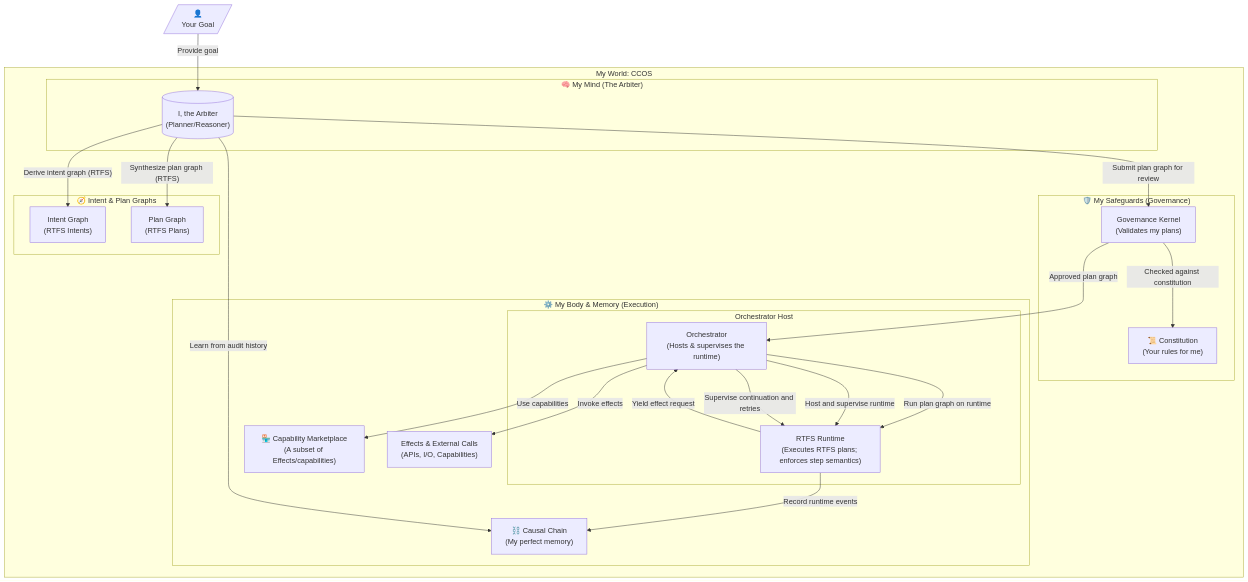
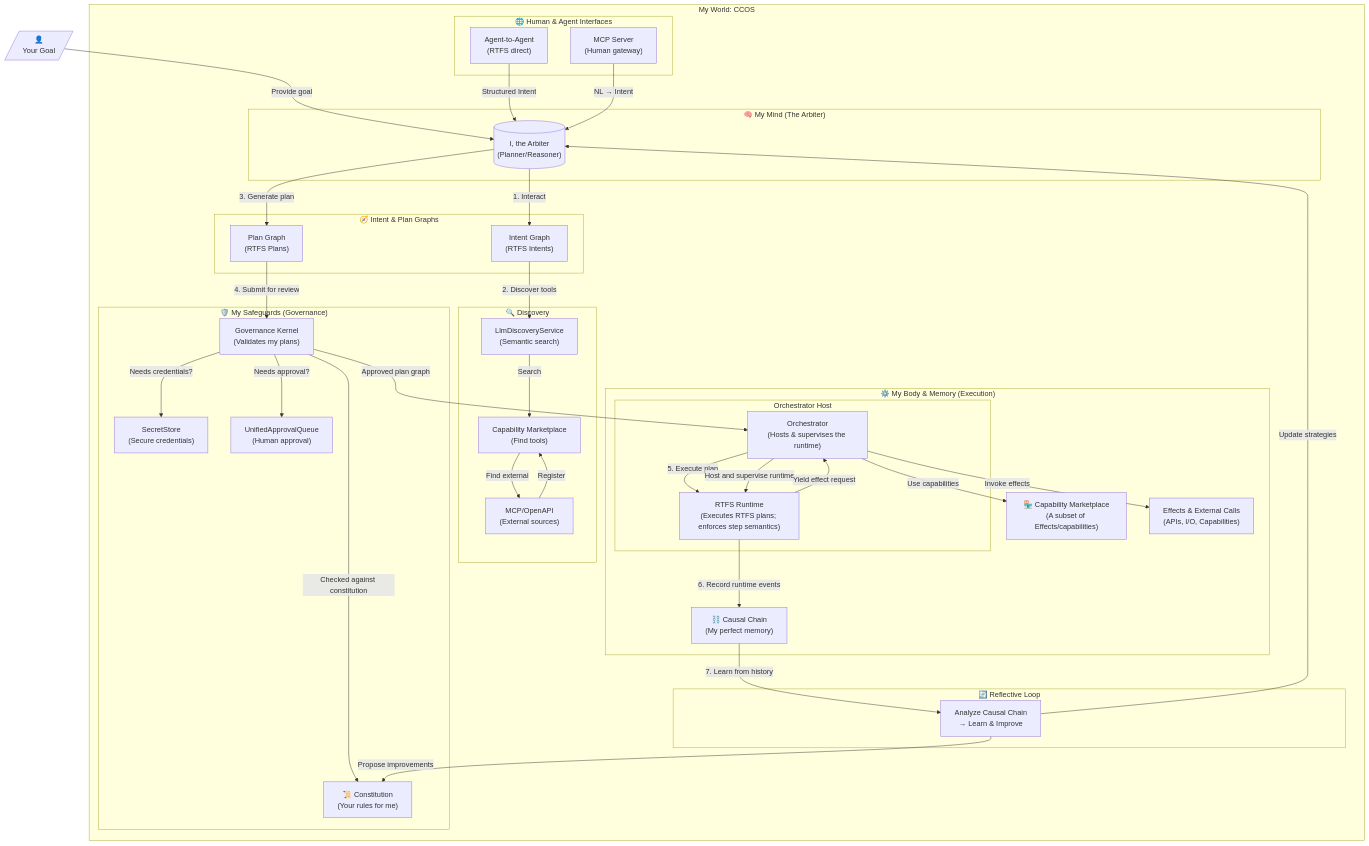
One commit to mandubian/ccos changed the diagram in README.md. Above: the diagram before and after it, drawn with Mermaid. The commit also changed other lines of this file and 1 other file, not shown here.

````diff
--- a/README.md
+++ b/README.md
@@ -57,43 +134,73 @@
 ```mermaid
 graph TD
     subgraph "My World: CCOS"
         subgraph "🧠 My Mind (The Arbiter)"
                 A[("I, the Arbiter<br/>(Planner/Reasoner)")]
             end
 
+        subgraph "🔍 Discovery"
+                D1["Capability Marketplace<br/>(Find tools)"]
+                D2["LlmDiscoveryService<br/>(Semantic search)"]
+                D3["MCP/OpenAPI<br/>(External sources)"]
+            end
+
         subgraph "🛡️ My Safeguards (Governance)"
             K["Governance Kernel<br/>(Validates my plans)"]
             C["📜 Constitution<br/>(Your rules for me)"]
+            S["SecretStore<br/>(Secure credentials)"]
+            Q["UnifiedApprovalQueue<br/>(Human approval)"]
         end
 
         subgraph "🧭 Intent & Plan Graphs"
             IG["Intent Graph<br/>(RTFS Intents)"]
             PG["Plan Graph<br/>(RTFS Plans)"]
         end
 
         subgraph "⚙️ My Body & Memory (Execution)"
             subgraph "Orchestrator Host"
                 O["Orchestrator<br/>(Hosts & supervises the runtime)"]
                 RT["RTFS Runtime<br/>(Executes RTFS plans; enforces step semantics)"]
             end
             M["🏪 Capability Marketplace<br/>(A subset of Effects/capabilities)"]
             Effects["Effects & External Calls<br/>(APIs, I/O, Capabilities)"]
             CC["⛓️ Causal Chain<br/>(My perfect memory)"]
         end
+
+        subgraph "🔄 Reflective Loop"
+                R["Analyze Causal Chain<br/>→ Learn & Improve"]
+            end
+
+        subgraph "🌐 Human & Agent Interfaces"
+                H["MCP Server<br/>(Human gateway)"]
+                AI["Agent-to-Agent<br/>(RTFS direct)"]
+            end
     end
 
     U[/"👤<br/>Your Goal"/] --> |"Provide goal"| A
-    A --> |"Derive intent graph (RTFS)"| IG
-    A --> |"Synthesize plan graph (RTFS)"| PG
-    A --> |"Submit plan graph for review"| K
+    AI --> |"Structured Intent"| A
+    H --> |"NL → Intent"| A
+
+    A --> |"1. Interact"| IG
+    IG --> |"2. Discover tools"| D2
+    D2 --> |"Search"| D1
+    D1 --> |"Find external"| D3
+    D3 --> |"Register"| D1
+
+    A --> |"3. Generate plan"| PG
+    PG --> |"4. Submit for review"| K
     K --> |"Checked against constitution"| C
+    K --> |"Needs credentials?"| S
+    K --> |"Needs approval?"| Q
     K --> |"Approved plan graph"| O
-    O --> |"Run plan graph on runtime"| RT
+
+    O --> |"5. Execute plan"| RT
     O --> |"Host and supervise runtime"| RT
     RT --> |"Yield effect request"| O
     O --> |"Invoke effects"| Effects
     O --> |"Use capabilities"| M
-    RT --> |"Record runtime events"| CC
-    O --> |"Supervise continuation and retries"| RT
-    A --> |"Learn from audit history"| CC
+    RT --> |"6. Record runtime events"| CC
+
+    CC --> |"7. Learn from history"| R
+    R --> |"Update strategies"| A
+    R --> |"Propose improvements"| C
 ```
````
